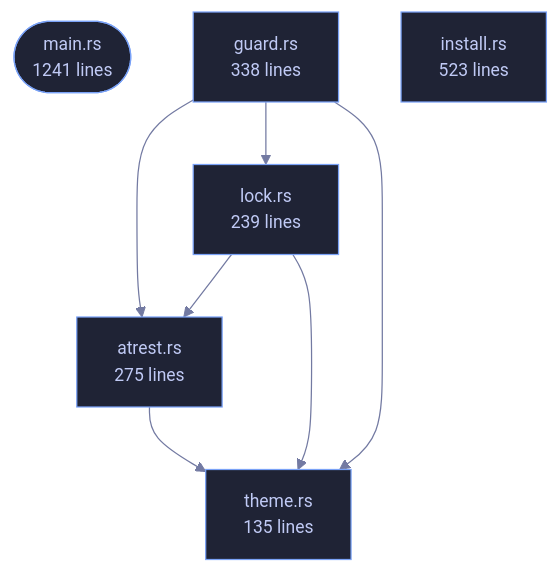
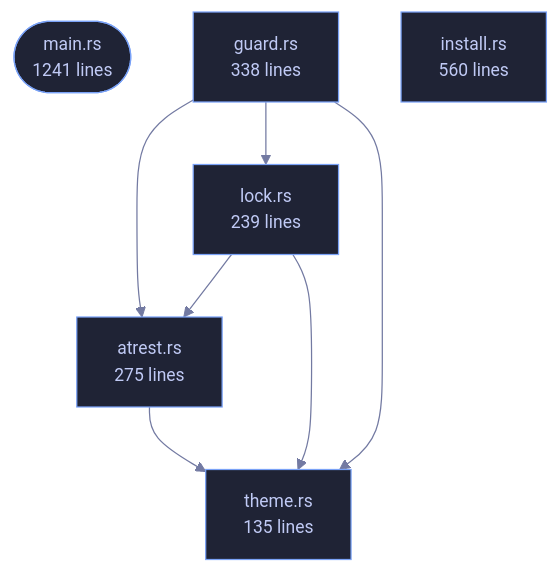
The diagram in crates/veilvoice-cli/README.md (tilas01/veilvoice), drawn with Mermaid before and after one commit. The commit also changed other lines of this file and 10 other files, not shown here.

````diff
--- a/crates/veilvoice-cli/README.md
+++ b/crates/veilvoice-cli/README.md
@@ -80,22 +80,22 @@
 ```mermaid
 %%{init: {"theme":"base","themeVariables":{"background":"#1a1b26","primaryColor":"#1f2335","primaryTextColor":"#c0caf5","primaryBorderColor":"#7aa2f7","secondaryColor":"#16161e","tertiaryColor":"#16161e","lineColor":"#737aa2","textColor":"#c0caf5","mainBkg":"#1f2335","nodeBorder":"#7aa2f7","clusterBkg":"#16161e","clusterBorder":"#2f3549","fontFamily":"ui-monospace, SFMono-Regular, Consolas, monospace","fontSize":"14px"}}}%%
 flowchart TD
     n_main(["main.rs<br/>1241 lines"])
     n_atrest["atrest.rs<br/>275 lines"]
     n_guard["guard.rs<br/>338 lines"]
-    n_install["install.rs<br/>523 lines"]
+    n_install["install.rs<br/>560 lines"]
     n_lock["lock.rs<br/>239 lines"]
     n_theme["theme.rs<br/>135 lines"]
     n_atrest --> n_theme
     n_guard --> n_atrest
     n_guard --> n_lock
     n_guard --> n_theme
     n_lock --> n_atrest
     n_lock --> n_theme
     click n_main href "https://github.com/tilas01/veilvoice/blob/main/crates/veilvoice-cli/src/main.rs" "open the source"
     click n_atrest href "https://github.com/tilas01/veilvoice/blob/main/crates/veilvoice-cli/src/atrest.rs" "open the source"
     click n_guard href "https://github.com/tilas01/veilvoice/blob/main/crates/veilvoice-cli/src/guard.rs" "open the source"
     click n_install href "https://github.com/tilas01/veilvoice/blob/main/crates/veilvoice-cli/src/install.rs" "open the source"
     click n_lock href "https://github.com/tilas01/veilvoice/blob/main/crates/veilvoice-cli/src/lock.rs" "open the source"
     click n_theme href "https://github.com/tilas01/veilvoice/blob/main/crates/veilvoice-cli/src/theme.rs" "open the source"
 ```
````
